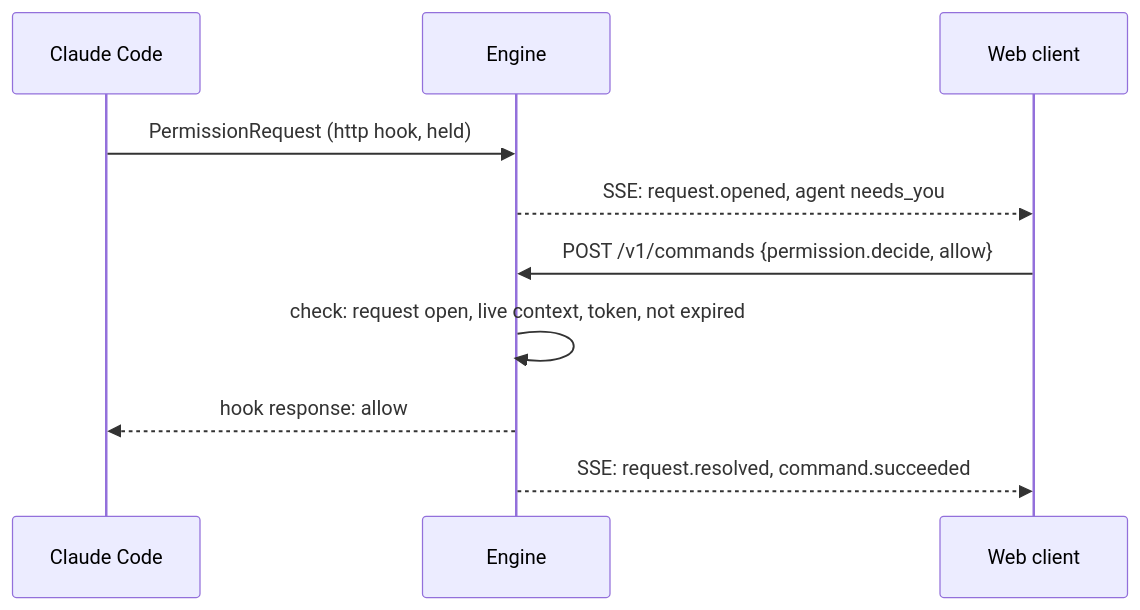
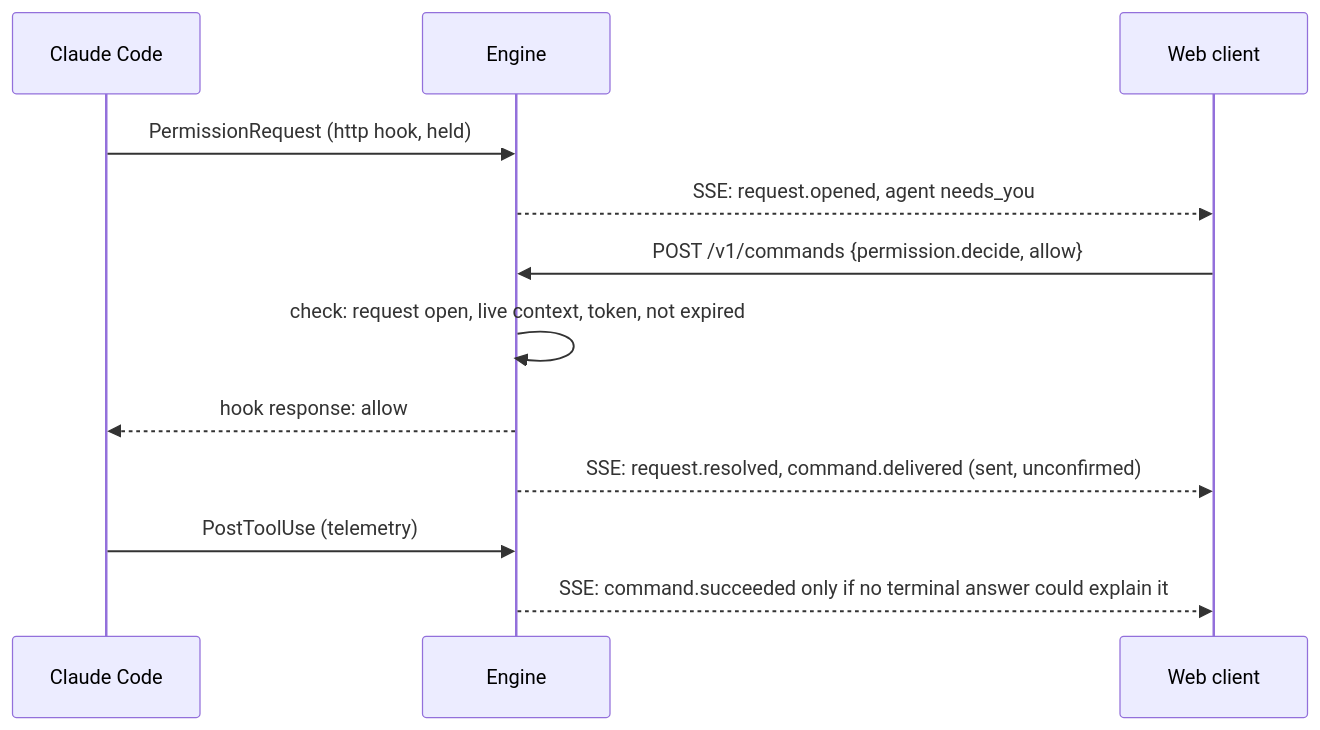
The third of 3 diagrams in ARCHITECTURE.md (jfvorwald/taskville), drawn with Mermaid before and after one commit. The commit also changed other lines of this file, not shown here.

Commit message:
Lead: #116 wording, timeout close and command flow (roborev re-review)
A close at the hook timeout is expired, not a terminal deny; the 9.1
sequence shows command.delivered until telemetry confirms.

````diff
--- a/ARCHITECTURE.md
+++ b/ARCHITECTURE.md
@@ -407,12 +407,14 @@
 ```mermaid
 sequenceDiagram
   participant CC as Claude Code
   participant E as Engine
   participant W as Web client
   CC->>E: PermissionRequest (http hook, held)
   E-->>W: SSE: request.opened, agent needs_you
   W->>E: POST /v1/commands {permission.decide, allow}
   E->>E: check: request open, live context, token, not expired
   E-->>CC: hook response: allow
-  E-->>W: SSE: request.resolved, command.succeeded
+  E-->>W: SSE: request.resolved, command.delivered (sent, unconfirmed)
+  CC->>E: PostToolUse (telemetry)
+  E-->>W: SSE: command.succeeded only if no terminal answer could explain it
 ```
````
